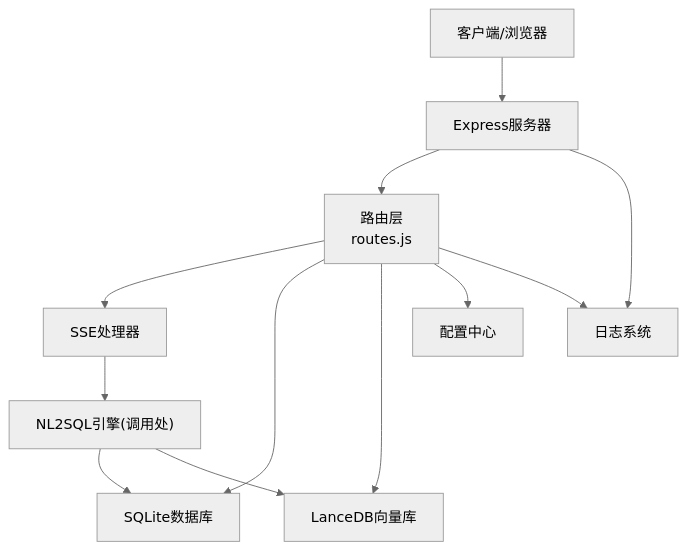
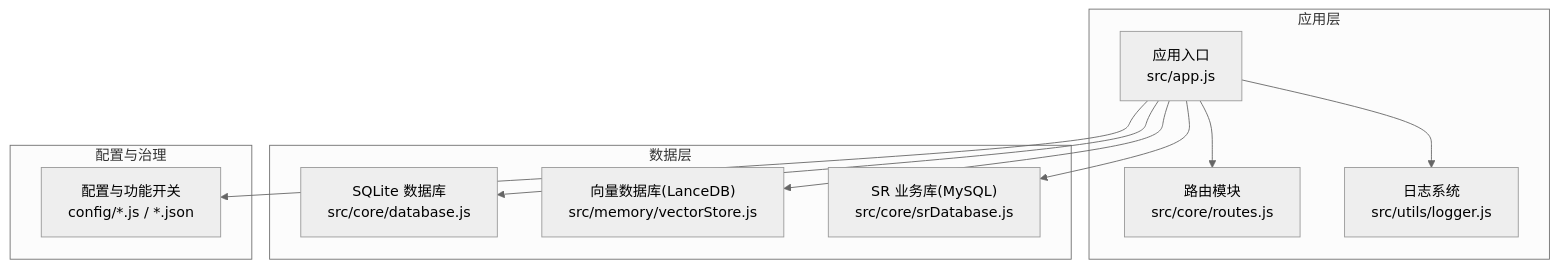
One commit to HanHuiOnLine/724-office changed the second of 9 diagrams in NL2SQL/.qoder/repowiki/zh/content/部署与运维/部署与运维.md. Above: the diagram before and after it, drawn with Mermaid (neutral theme). The commit also changed other lines of this file and 203 other files, not shown here.

````diff
--- a/NL2SQL/.qoder/repowiki/zh/content/部署与运维/部署与运维.md
+++ b/NL2SQL/.qoder/repowiki/zh/content/部署与运维/部署与运维.md
@@ -103,23 +92,22 @@
 ```mermaid
 graph TB
-CLIENT["客户端/浏览器"]
-EX["Express服务器"]
-RT["路由层<br/>routes.js"]
-ENG["NL2SQL引擎(调用处)"]
-SSE["SSE处理器"]
-DB["SQLite数据库"]
-VEC["LanceDB向量库"]
-CFG["配置中心"]
-LOG["日志系统"]
-CLIENT --> EX
-EX --> RT
-RT --> SSE
-RT --> DB
-RT --> VEC
-RT --> CFG
-RT --> LOG
-SSE --> ENG
-ENG --> DB
-ENG --> VEC
-EX --> LOG
+subgraph "应用层"
+APP["应用入口<br/>src/app.js"]
+ROUTES["路由模块<br/>src/core/routes.js"]
+LOGGER["日志系统<br/>src/utils/logger.js"]
+end
+subgraph "数据层"
+SQLITE["SQLite 数据库<br/>src/core/database.js"]
+VDB["向量数据库(LanceDB)<br/>src/memory/vectorStore.js"]
+SRDB["SR 业务库(MySQL)<br/>src/core/srDatabase.js"]
+end
+subgraph "配置与治理"
+CFG["配置与功能开关<br/>config/*.js / *.json"]
+end
+APP --> ROUTES
+APP --> LOGGER
+APP --> SQLITE
+APP --> VDB
+APP --> SRDB
+APP --> CFG
 ```
````
